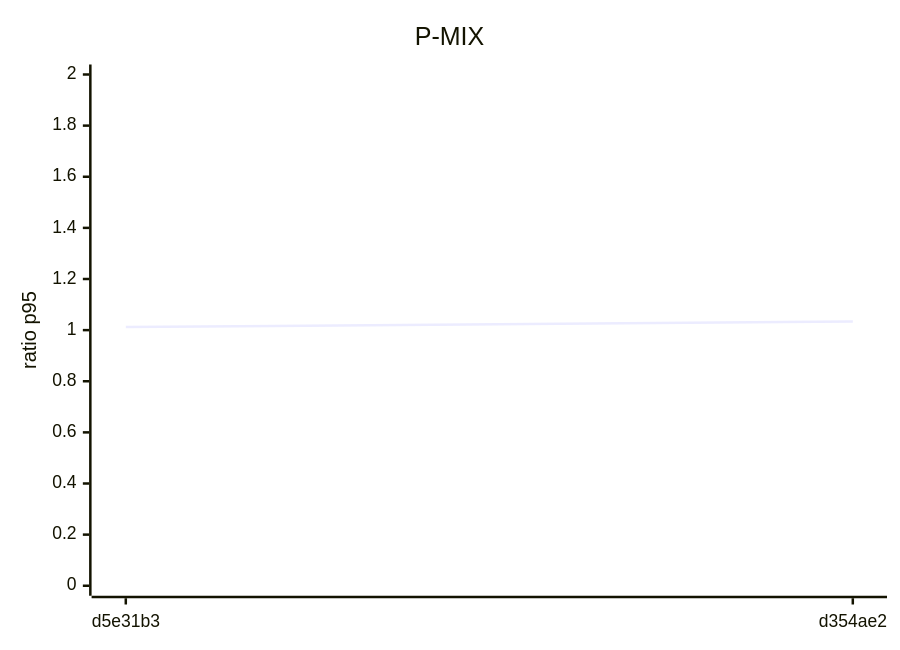
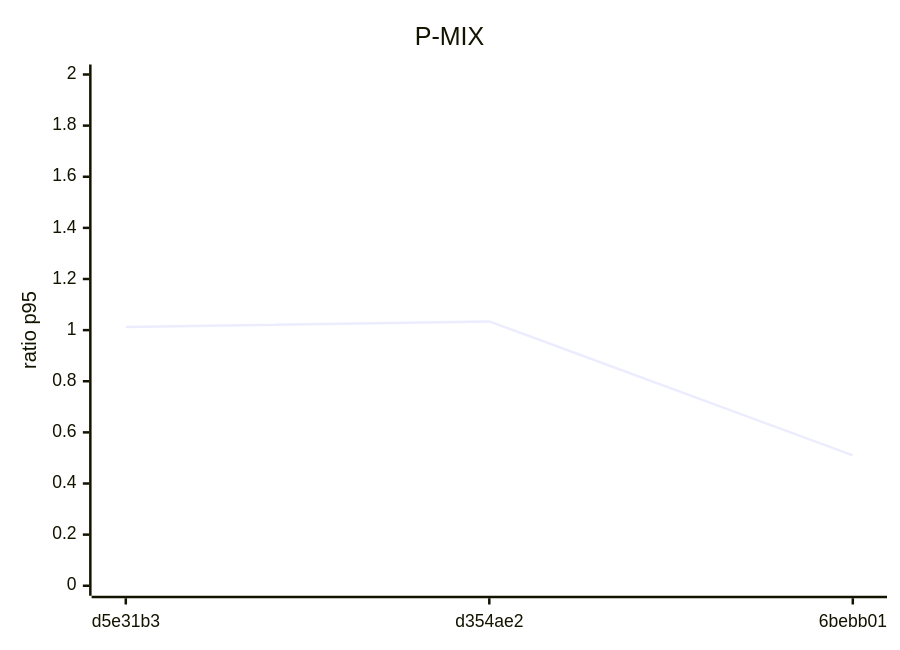
The seventh of 8 diagrams in docs/perf/trend.md (mtromane/expense-io), drawn with Mermaid before and after one commit. The commit also changed other lines of this file and 1 other file, not shown here.

Commit message:
perf: mesure de 6bebb01

````diff
--- a/docs/perf/trend.md
+++ b/docs/perf/trend.md
@@ -64,7 +64,7 @@
 ```mermaid
 xychart-beta
   title "P-MIX"
-  x-axis ["d5e31b3", "d354ae2"]
+  x-axis ["d5e31b3", "d354ae2", "6bebb01"]
   y-axis "ratio p95" 0 --> 2
-  line [1.012, 1.034]
+  line [1.012, 1.034, 0.51]
 ```
````
